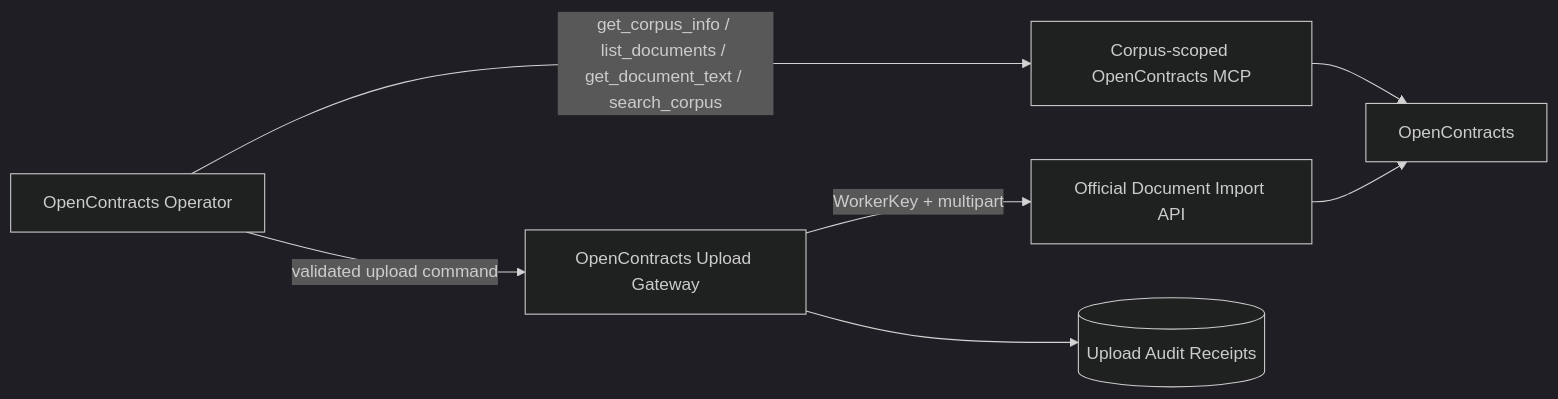
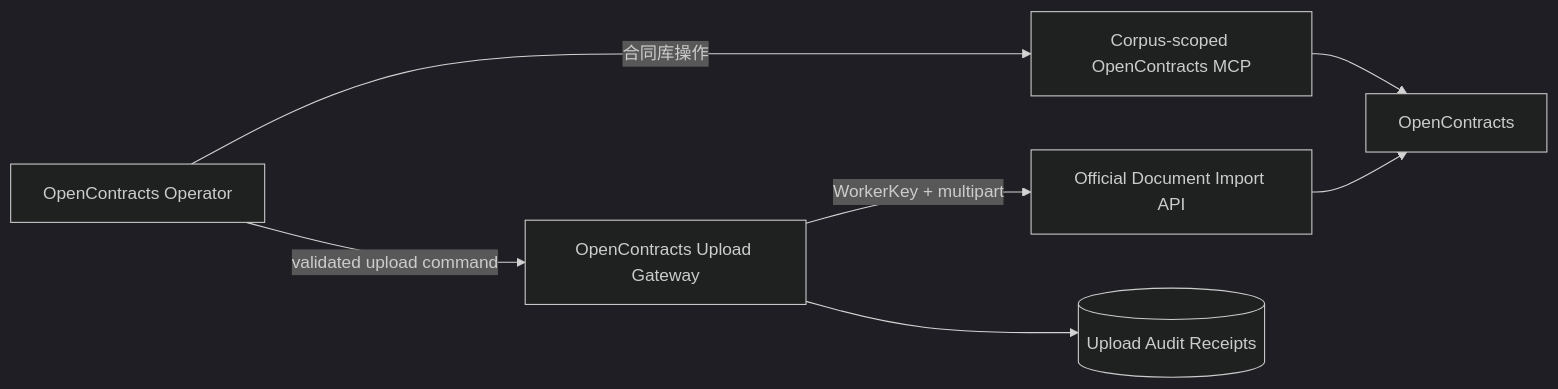
Before and after one commit to Ri0n72Y/ContractBotConfig: the first of 3 diagrams in docs/architecture/opencontracts-integration.md, drawn with Mermaid (dark theme). The commit also changed other lines of this file, not shown here.

Commit message:
docs: use official MCP catalog as integration source

````diff
--- a/docs/architecture/opencontracts-integration.md
+++ b/docs/architecture/opencontracts-integration.md
@@ -7,16 +7,16 @@
 ```mermaid
 flowchart LR
     Operator[OpenContracts Operator]
     MCP[Corpus-scoped OpenContracts MCP]
     Gateway[OpenContracts Upload Gateway]
     ImportAPI[Official Document Import API]
     OC[OpenContracts]
     Receipt[(Upload Audit Receipts)]
 
-    Operator -->|get_corpus_info / list_documents / get_document_text / search_corpus| MCP
+    Operator -->|合同库操作| MCP
     MCP --> OC
     Operator -->|validated upload command| Gateway
     Gateway -->|WorkerKey + multipart| ImportAPI
     ImportAPI --> OC
     Gateway --> Receipt
 ```
````
